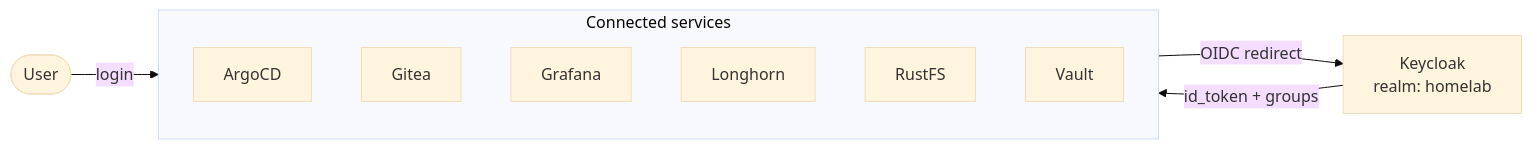
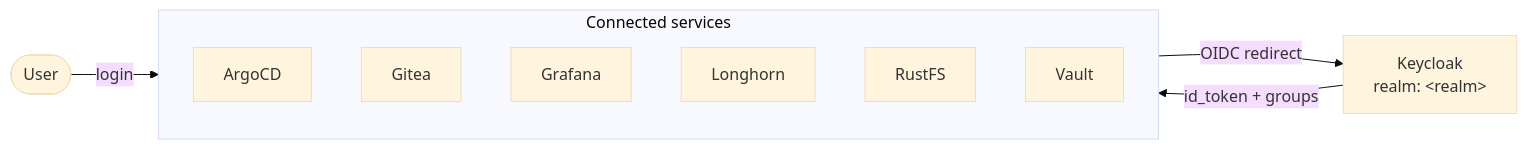
One commit to this-is-tobi/ohmlab changed the second of 4 diagrams in docs/05-services.md. Above: the diagram before and after it, drawn with Mermaid (base theme). The commit also changed other lines of this file and 11 other files, not shown here.

````diff
--- a/docs/05-services.md
+++ b/docs/05-services.md
@@ -202,16 +202,16 @@
 ```mermaid
 flowchart LR
     user([User])
-    kc[Keycloak<br/>realm: homelab]
+    kc[Keycloak<br/>realm: &lt;realm&gt;]
     subgraph apps[Connected services]
         argo[ArgoCD]
         gitea[Gitea]
         graf[Grafana]
         lh[Longhorn]
         rustfs[RustFS]
         vault[Vault]
     end
     user -->|login| apps
     apps -->|OIDC redirect| kc
     kc -->|id_token + groups| apps
 ```
````
